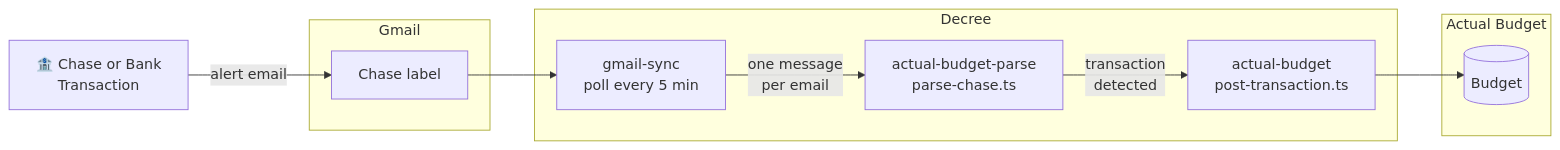
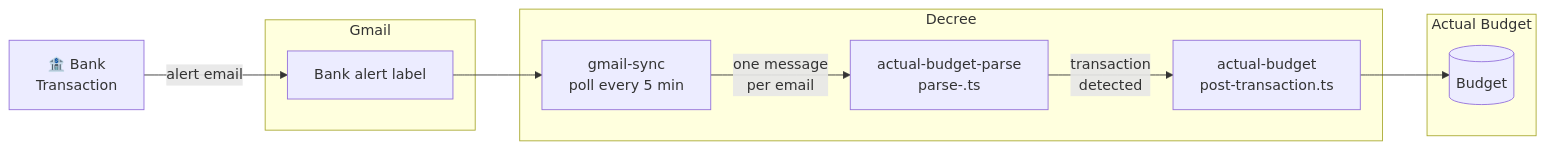
Before and after one commit to jtmckay/existential: the diagram in site/docs/decree/transaction-gmail-actual-budget.md, drawn with Mermaid. The commit also changed other lines of this file and 17 other files, not shown here.

Commit message:
Update actual-budget scripts

````diff
--- a/site/docs/decree/transaction-gmail-actual-budget.md
+++ b/site/docs/decree/transaction-gmail-actual-budget.md
@@ -9,23 +9,23 @@
 ```mermaid
 flowchart LR
-    A["🏦 Chase or Bank\nTransaction"] -->|alert email| B
+    A["🏦 Bank\nTransaction"] -->|alert email| B
 
     subgraph gmail["Gmail"]
-        B["Chase label"]
+        B["Bank alert label"]
     end
 
     subgraph decree["Decree"]
         C["gmail-sync\npoll every 5 min"]
-        D["actual-budget-parse\nparse-chase.ts"]
+        D["actual-budget-parse\nparse-<bank>.ts"]
         E["actual-budget\npost-transaction.ts"]
         C -->|"one message\nper email"| D
         D -->|"transaction\ndetected"| E
     end
 
     subgraph ab["Actual Budget"]
         F[("Budget")]
     end
 
     B --> C
     E --> F
 ```
````
